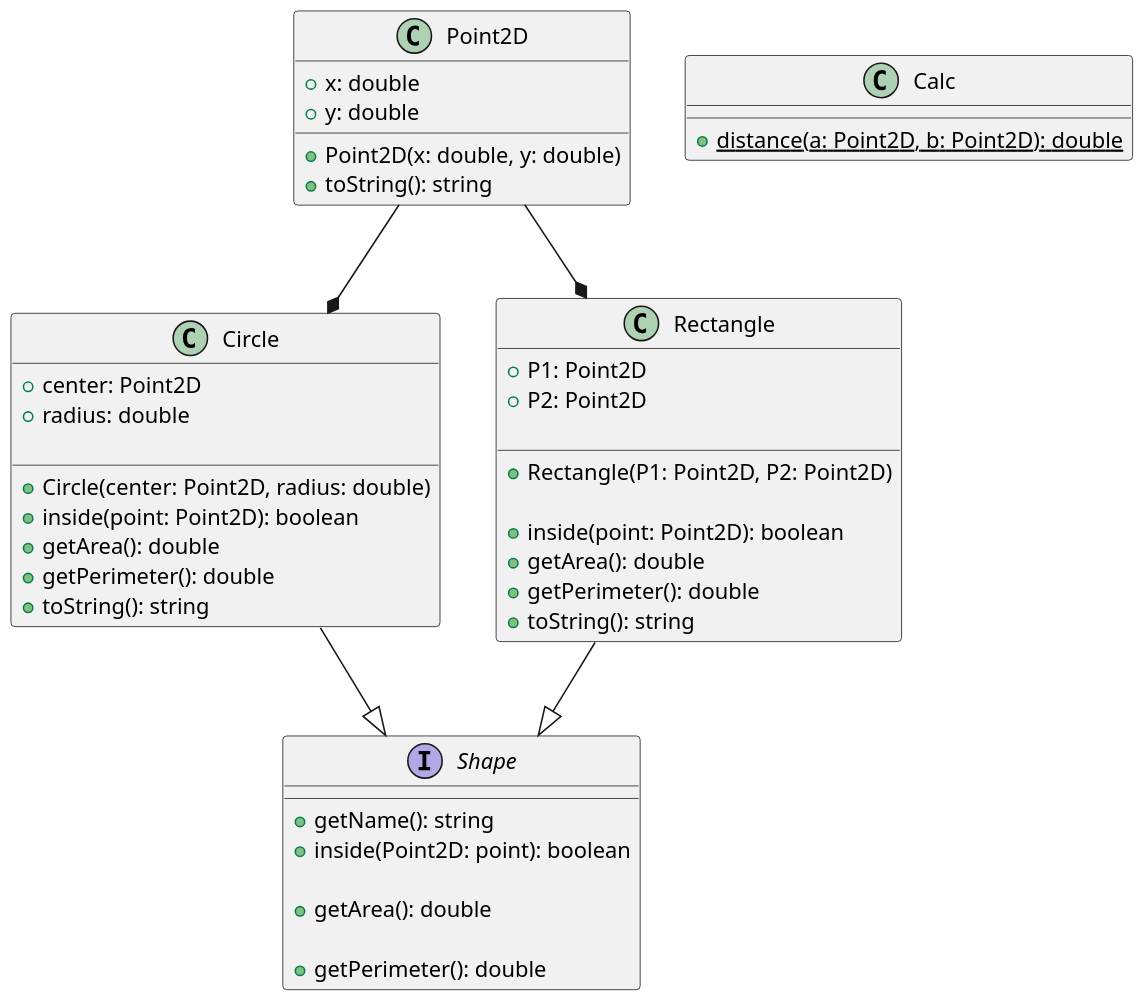
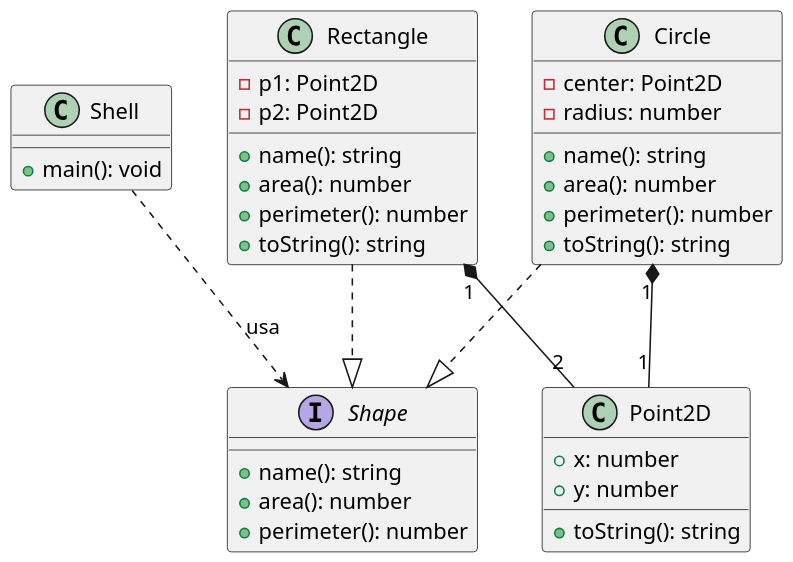
The diagram in labs/shapes/assets/diagrama.puml (qxcodepoo/arcade), drawn with PlantUML before and after one commit. The commit also changed other lines of this file and 119 other files, not shown here.

```diff
--- a/labs/shapes/assets/diagrama.puml
+++ b/labs/shapes/assets/diagrama.puml
@@ -2,67 +1,46 @@
 @startuml
 
 skinparam defaultFontName "Source Code Pro"
 skinparam dpi 150
 
-
+interface Shape {
+  + name(): string
+  + area(): number
+  + perimeter(): number
+}
 
 class Point2D {
-    + x: double
-    + y: double
-    
-    + Point2D(x: double, y: double)
-    + toString(): string
-}
-
-class Calc {
-    + {static} distance(a: Point2D, b: Point2D): double
-}
-
-interface Shape {
-    ' getName(): string
-    + getName(): string
-
-    ' os métodos abaixo não são implementadas
-    ' na classe Shape, apenas nas classes filhas
-
-    ' retorna se o ponto está dentro da forma
-    + inside(Point2D: point): boolean
-
-    ' retorna a área da forma
-    + getArea(): double
-
-    ' retorna o perímetro da forma
-    + getPerimeter(): double
+  + x: number
+  + y: number
+  + toString(): string
 }
 
 class Circle {
-    + center: Point2D
-    + radius: double
-
-    __
-    + Circle(center: Point2D, radius: double)
-    + inside(point: Point2D): boolean
-    + getArea(): double
-    + getPerimeter(): double
-    + toString(): string
+  - center: Point2D
+  - radius: number
+  + name(): string
+  + area(): number
+  + perimeter(): number
+  + toString(): string
 }
 
 class Rectangle {
-    + P1: Point2D
-    + P2: Point2D
-
-    __
-    + Rectangle(P1: Point2D, P2: Point2D)
-
-    + inside(point: Point2D): boolean
-    + getArea(): double
-    + getPerimeter(): double
-    + toString(): string
+  - p1: Point2D
+  - p2: Point2D
+  + name(): string
+  + area(): number
+  + perimeter(): number
+  + toString(): string
 }
 
+class Shell {
+  + main(): void
+}
 
-Circle --|> Shape
-Rectangle --|> Shape
-Point2D  --*  Circle
-Point2D  --*  Rectangle
+Circle ..|> Shape
+Rectangle ..|> Shape
+Circle "1" *-- "1" Point2D
+Rectangle "1" *-- "2" Point2D
+Shell ..> Shape : usa
+
 @enduml
```
